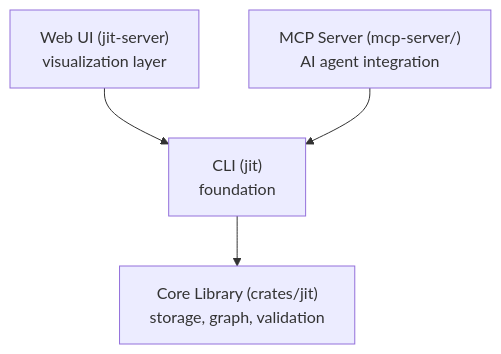
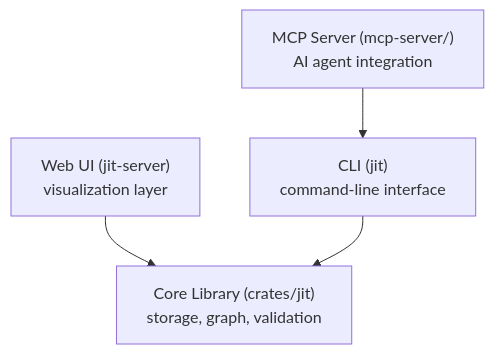
Before and after one commit to erankavija/just-in-time: the first of 2 diagrams in docs/concepts/design-philosophy.md, drawn with Mermaid. The commit also changed other lines of this file, not shown here.

Commit message:
docs(jit:f5eb11a2): correct layer diagram; web UI embeds the core library

````diff
--- a/docs/concepts/design-philosophy.md
+++ b/docs/concepts/design-philosophy.md
@@ -287,6 +288,6 @@
 ```mermaid
 flowchart TD
-    W["Web UI (jit-server)<br/>visualization layer"] --> C
+    W["Web UI (jit-server)<br/>visualization layer"] --> L
     M["MCP Server (mcp-server/)<br/>AI agent integration"] --> C
-    C["CLI (jit)<br/>foundation"] --> L["Core Library (crates/jit)<br/>storage, graph, validation"]
+    C["CLI (jit)<br/>command-line interface"] --> L["Core Library (crates/jit)<br/>storage, graph, validation"]
 ```
````
